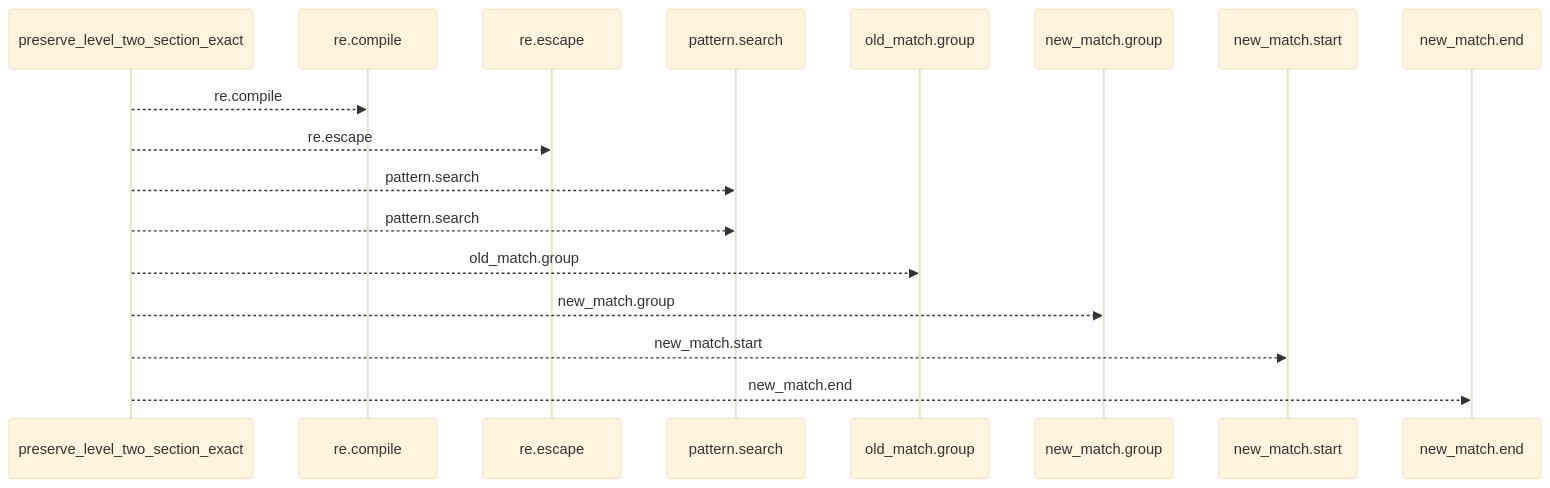
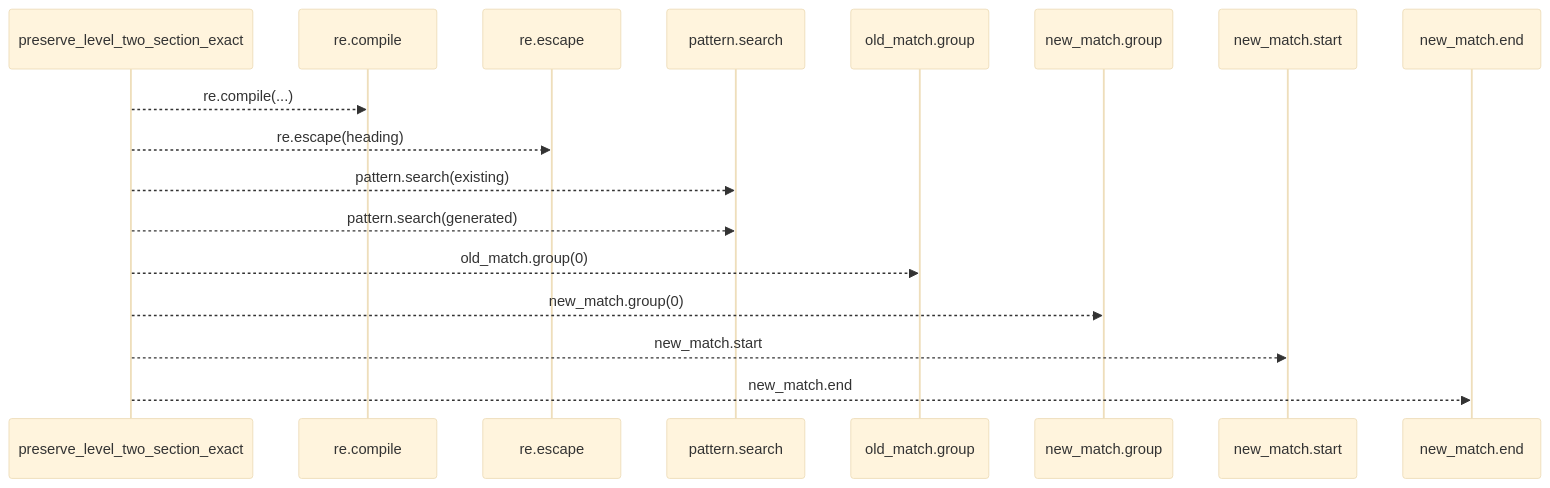
One commit to Denissvgn/python-wiki-llm changed the first of 2 diagrams in docs/llm_wiki/flows/api-preserve_level_two_section_exact.md. Above: the diagram before and after it, drawn with Mermaid (base theme). The commit also changed other lines of this file and 1410 other files, not shown here.

````diff
--- a/docs/llm_wiki/flows/api-preserve_level_two_section_exact.md
+++ b/docs/llm_wiki/flows/api-preserve_level_two_section_exact.md
@@ -10,19 +12,19 @@
 ```mermaid
 sequenceDiagram
     participant p0 as preserve_level_two_section_exact
     participant p1 as re.compile
     participant p2 as re.escape
     participant p3 as pattern.search
     participant p4 as old_match.group
     participant p5 as new_match.group
     participant p6 as new_match.start
     participant p7 as new_match.end
-    p0-->>p1: re.compile
-    p0-->>p2: re.escape
-    p0-->>p3: pattern.search
-    p0-->>p3: pattern.search
-    p0-->>p4: old_match.group
-    p0-->>p5: new_match.group
+    p0-->>p1: re.compile(...)
+    p0-->>p2: re.escape(heading)
+    p0-->>p3: pattern.search(existing)
+    p0-->>p3: pattern.search(generated)
+    p0-->>p4: old_match.group(0)
+    p0-->>p5: new_match.group(0)
     p0-->>p6: new_match.start
     p0-->>p7: new_match.end
 ```
````
